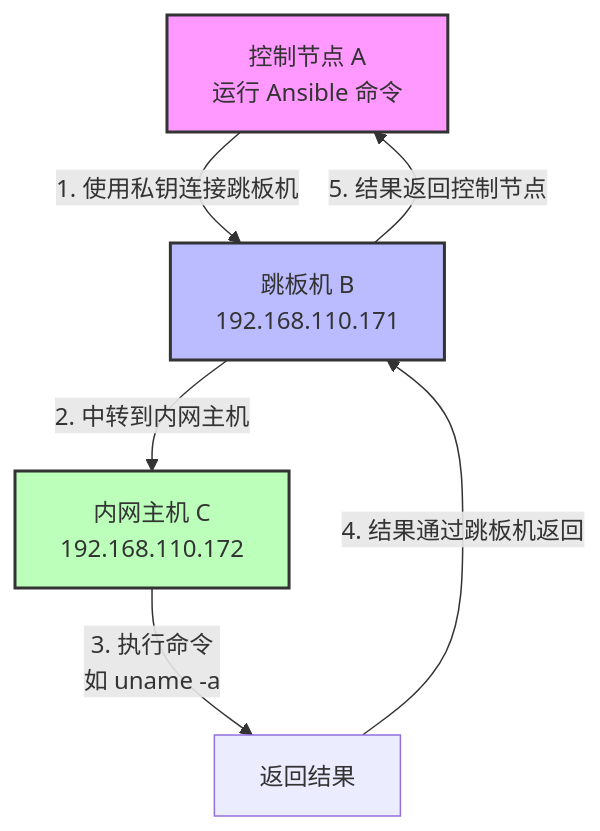
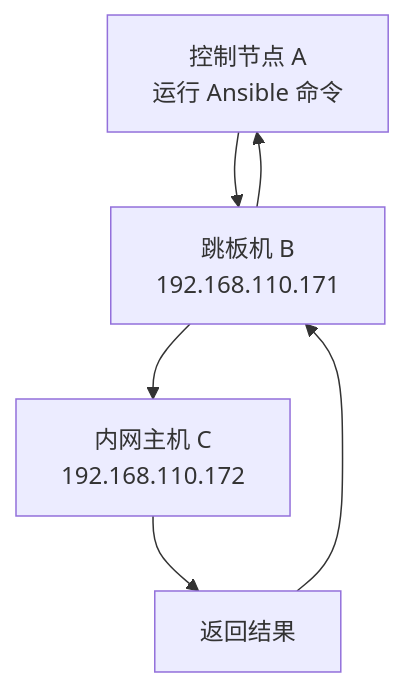
The sixth of 7 diagrams in Jenkins-CICD/Ansible批量管理与自动化发布.md (Tender-Liu/LinuxDevOps), drawn with Mermaid before and after one commit. The commit also changed other lines of this file and 1 other file, not shown here.

````diff
--- a/Jenkins-CICD/Ansible批量管理与自动化发布.md
+++ b/Jenkins-CICD/Ansible批量管理与自动化发布.md
@@ -568,11 +563,8 @@
   ```mermaid
   flowchart TD
-    A[控制节点 A<br>运行 Ansible 命令] -->|1. 使用私钥连接跳板机| B[跳板机 B<br>192.168.110.171]
-    B -->|2. 中转到内网主机| C[内网主机 C<br>192.168.110.172]
-    C -->|3. 执行命令<br>如 uname -a| D[返回结果]
-    D -->|4. 结果通过跳板机返回| B
-    B -->|5. 结果返回控制节点| A
-    style A fill:#f9f,stroke:#333,stroke-width:2px
-    style B fill:#bbf,stroke:#333,stroke-width:2px
-    style C fill:#bfb,stroke:#333,stroke-width:2px
+    A[控制节点 A<br>运行 Ansible 命令] --> B[跳板机 B<br>192.168.110.171]
+    B --> C[内网主机 C<br>192.168.110.172]
+    C --> D[返回结果]
+    D --> B
+    B --> A
   ```
````
